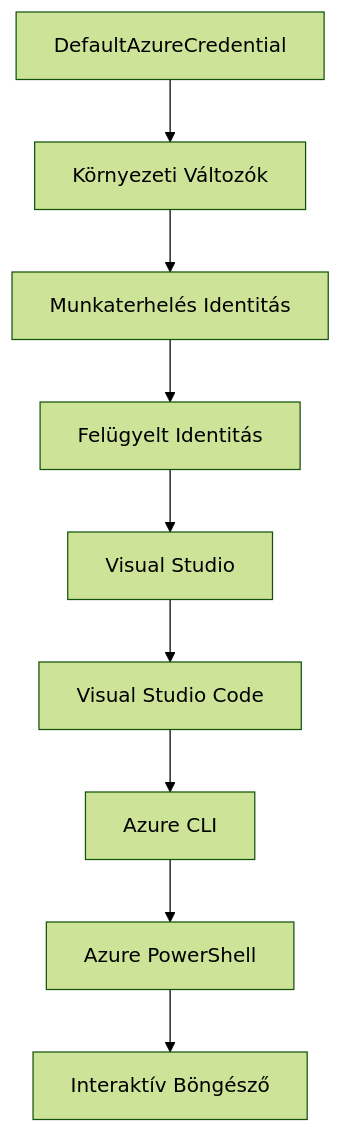
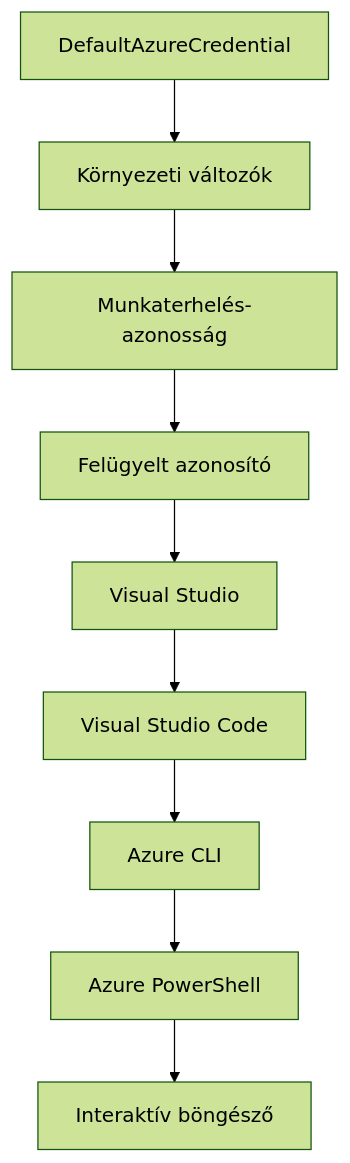
One commit to microsoft/AZD-for-beginners changed the second of 2 diagrams in translations/hu/docs/chapter-01-foundation/azd-basics.md. Above: the diagram before and after it, drawn with Mermaid (forest theme). The commit also changed other lines of this file and 101 other files, not shown here.

````diff
--- a/translations/hu/docs/chapter-01-foundation/azd-basics.md
+++ b/translations/hu/docs/chapter-01-foundation/azd-basics.md
@@ -593,11 +591,11 @@
 ```mermaid
 graph TD
-    A[DefaultAzureCredential] --> B[Környezeti Változók]
-    B --> C[Munkaterhelés Identitás]
-    C --> D[Felügyelt Identitás]
+    A[DefaultAzureCredential] --> B[Környezeti változók]
+    B --> C[Munkaterhelés-azonosság]
+    C --> D[Felügyelt azonosító]
     D --> E[Visual Studio]
     E --> F[Visual Studio Code]
     F --> G[Azure CLI]
     G --> H[Azure PowerShell]
-    H --> I[Interaktív Böngésző]
+    H --> I[Interaktív böngésző]
 ```
````
